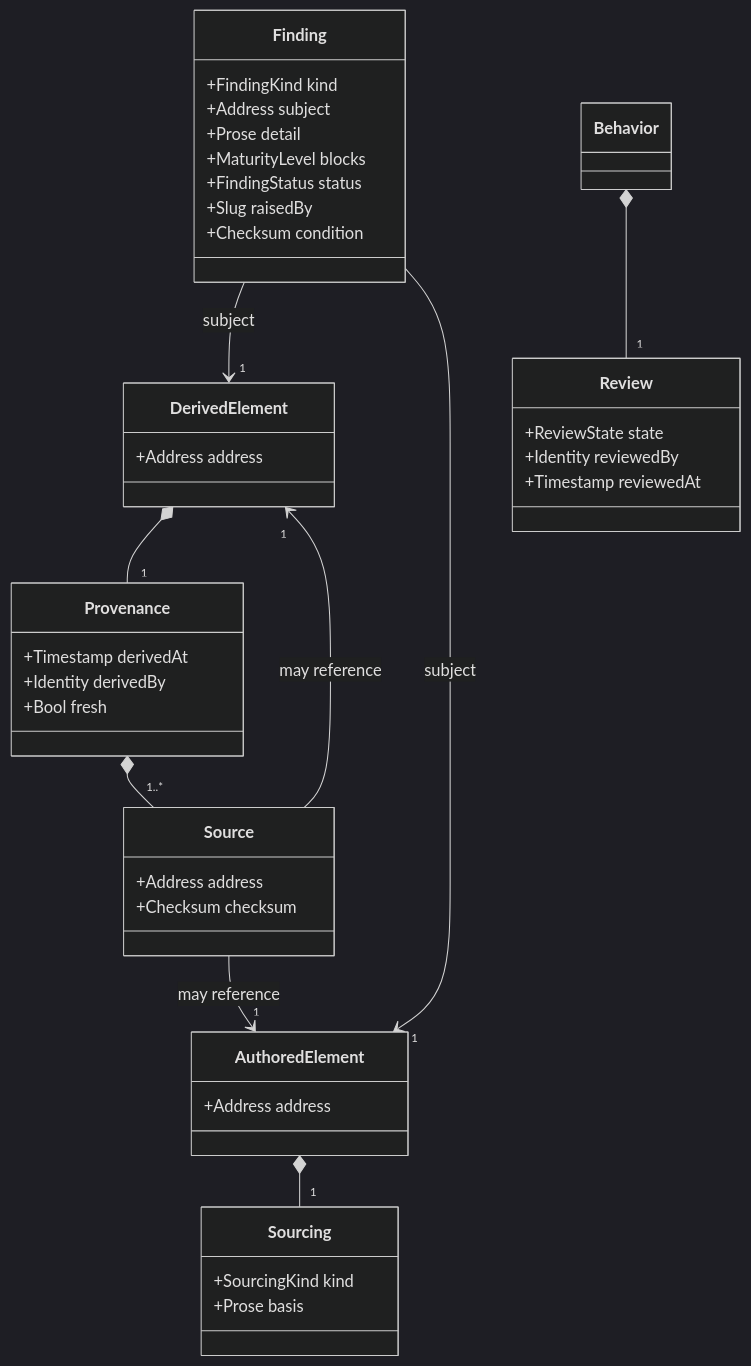
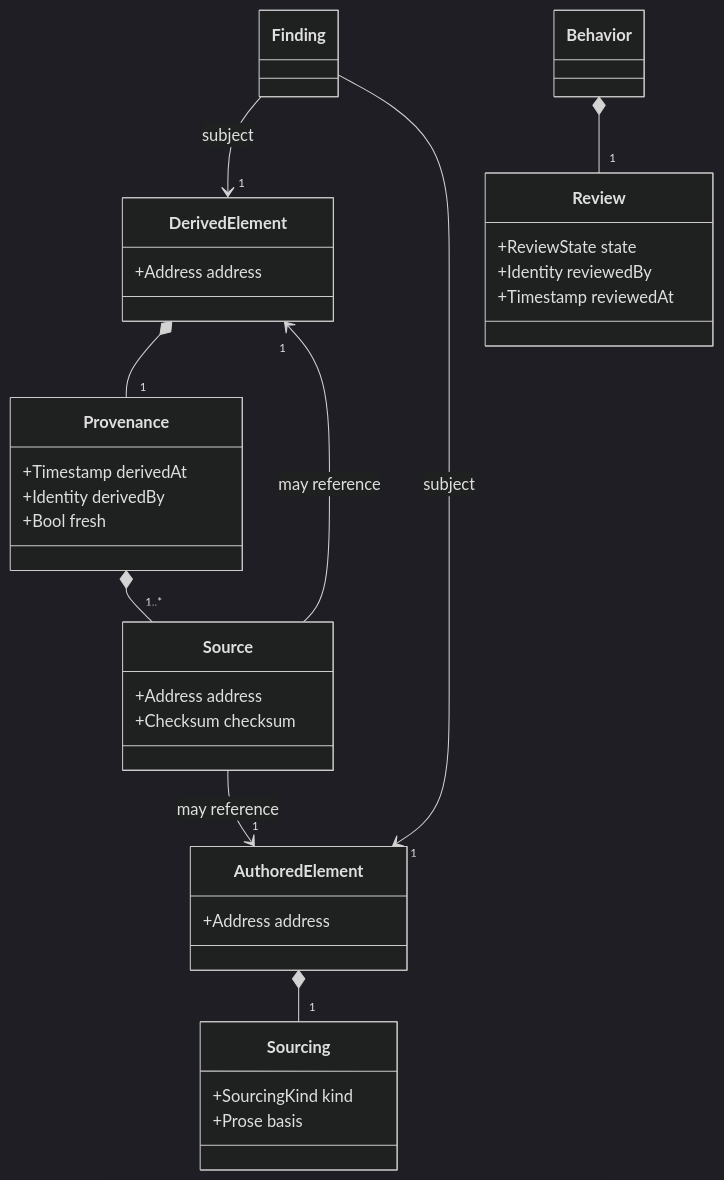
One commit to weaver-engineering/agent-plugins-docs changed the first of 2 diagrams in docs/design/design-assistant/datamodel/reconciliation-model.md. Above: the diagram before and after it, drawn with Mermaid (dark theme). The commit also changed other lines of this file and 6 other files, not shown here.

````diff
--- a/docs/design/design-assistant/datamodel/reconciliation-model.md
+++ b/docs/design/design-assistant/datamodel/reconciliation-model.md
@@ -26,48 +26,40 @@
 ```mermaid
 classDiagram
     direction TB
 
     class DerivedElement {
         +Address address
     }
     class Provenance {
         +Timestamp derivedAt
         +Identity derivedBy
         +Bool fresh
     }
     class Source {
         +Address address
         +Checksum checksum
     }
     class AuthoredElement {
         +Address address
     }
     class Sourcing {
         +SourcingKind kind
         +Prose basis
     }
-    class Finding {
-        +FindingKind kind
-        +Address subject
-        +Prose detail
-        +MaturityLevel blocks
-        +FindingStatus status
-        +Slug raisedBy
-        +Checksum condition
-    }
+    class Finding
     class Review {
         +ReviewState state
         +Identity reviewedBy
         +Timestamp reviewedAt
     }
     class Behavior
 
     DerivedElement *-- "1" Provenance
     Provenance *-- "1..*" Source
     Source --> "1" DerivedElement : may reference
     Source --> "1" AuthoredElement : may reference
     AuthoredElement *-- "1" Sourcing
     Finding --> "1" DerivedElement : subject
     Finding --> "1" AuthoredElement : subject
     Behavior *-- "1" Review
 ```
````
